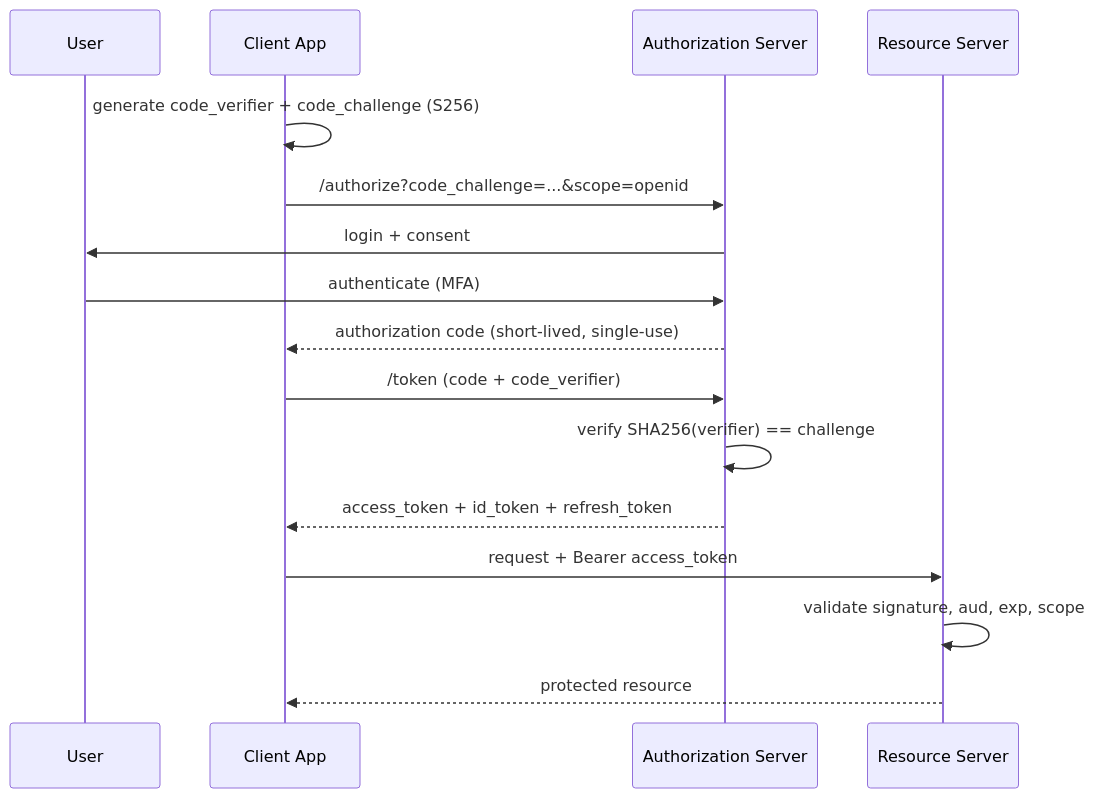
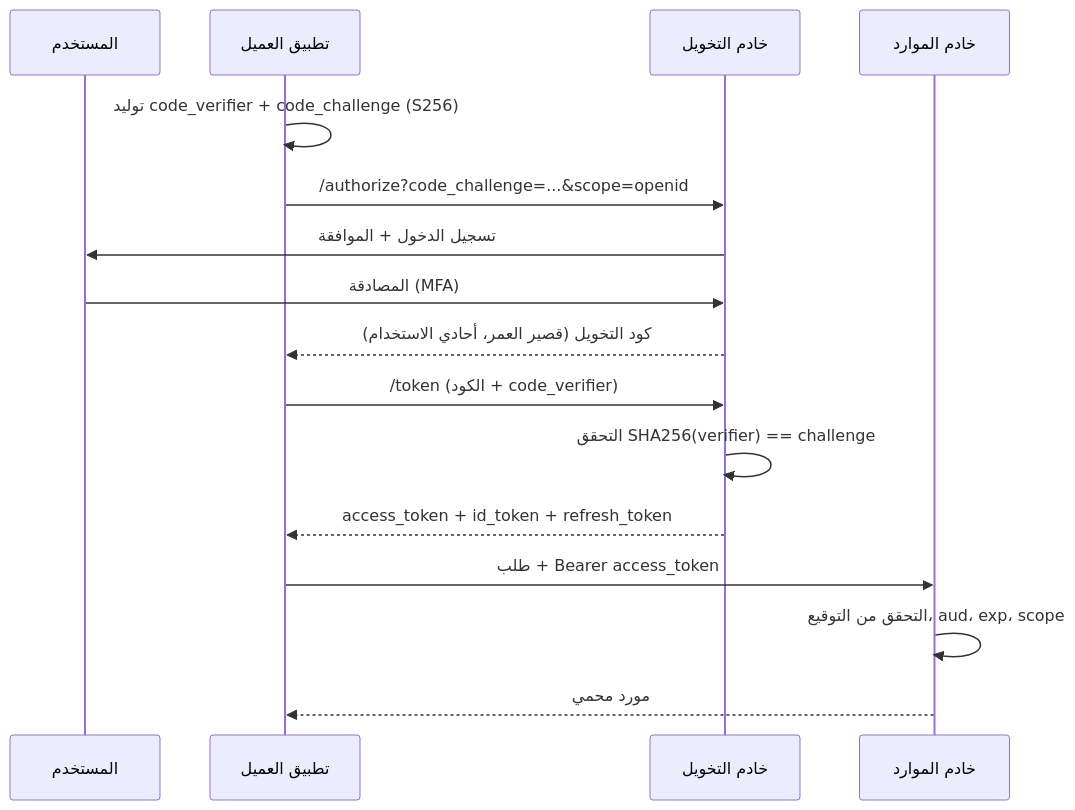
Before and after one commit to ibra-kdbra/banije: the fifth of 8 diagrams in src/content/translate/ar/identity-and-access-in-depth.md, drawn with Mermaid. The commit also changed other lines of this file and 33 other files, not shown here.

````diff
--- a/src/content/translate/ar/identity-and-access-in-depth.md
+++ b/src/content/translate/ar/identity-and-access-in-depth.md
@@ -222,19 +222,19 @@
 ```mermaid
 sequenceDiagram
-    participant U as User
-    participant App as Client App
-    participant AS as Authorization Server
-    participant API as Resource Server
+    participant U as المستخدم
+    participant App as تطبيق العميل
+    participant AS as خادم التخويل
+    participant API as خادم الموارد
 
-    App->>App: generate code_verifier + code_challenge (S256)
+    App->>App: توليد code_verifier + code_challenge (S256)
     App->>AS: /authorize?code_challenge=...&scope=openid
-    AS->>U: login + consent
-    U->>AS: authenticate (MFA)
-    AS-->>App: authorization code (short-lived, single-use)
-    App->>AS: /token (code + code_verifier)
-    AS->>AS: verify SHA256(verifier) == challenge
+    AS->>U: تسجيل الدخول + الموافقة
+    U->>AS: المصادقة (MFA)
+    AS-->>App: كود التخويل (قصير العمر، أحادي الاستخدام)
+    App->>AS: /token (الكود + code_verifier)
+    AS->>AS: التحقق SHA256(verifier) == challenge
     AS-->>App: access_token + id_token + refresh_token
-    App->>API: request + Bearer access_token
-    API->>API: validate signature, aud, exp, scope
-    API-->>App: protected resource
+    App->>API: طلب + Bearer access_token
+    API->>API: التحقق من التوقيع، aud، exp، scope
+    API-->>App: مورد محمي
 ```
````
